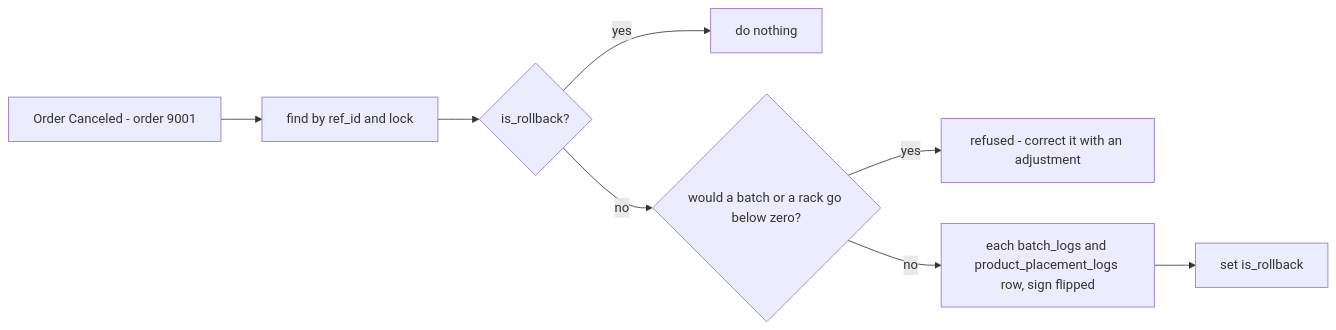
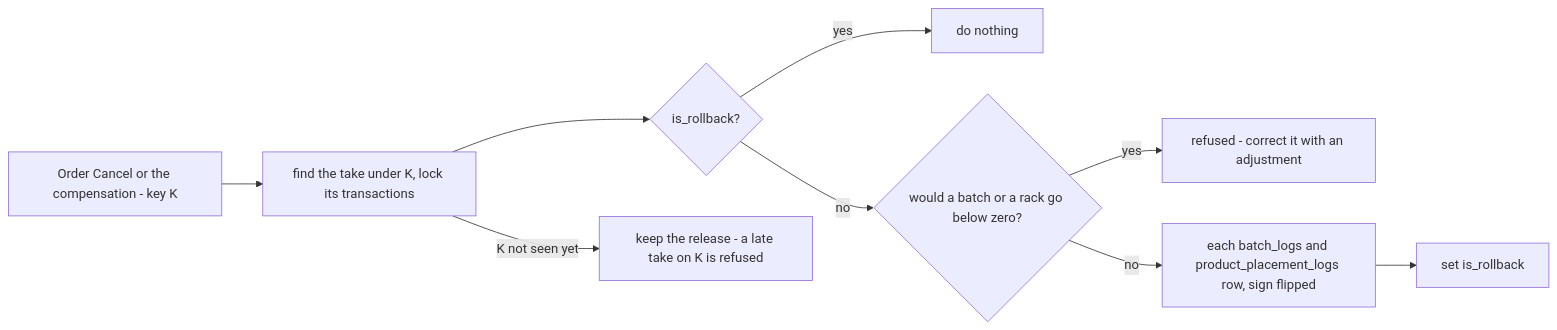
The second of 9 diagrams in docs/business/inventory/transaction_clarify.md (pdcgo/warehouse_revamp), drawn with Mermaid before and after one commit. The commit also changed other lines of this file and 15 other files, not shown here.

````diff
--- a/docs/business/inventory/transaction_clarify.md
+++ b/docs/business/inventory/transaction_clarify.md
@@ -72,10 +98,11 @@
 ```mermaid
 flowchart LR
-  C["Order Canceled - order 9001"] --> F["find by ref_id and lock"]
+  C["Order Cancel or the compensation - key K"] --> F["find the take under K, lock its transactions"]
   F --> Q{"is_rollback?"}
+  F -->|"K not seen yet"| K["keep the release - a late take on K is refused"]
   Q -->|"yes"| N["do nothing"]
   Q -->|"no"| Z{"would a batch or a rack go below zero?"}
   Z -->|"yes"| X["refused - correct it with an adjustment"]
   Z -->|"no"| R["each batch_logs and product_placement_logs row, sign flipped"]
   R --> M["set is_rollback"]
 ```
````
